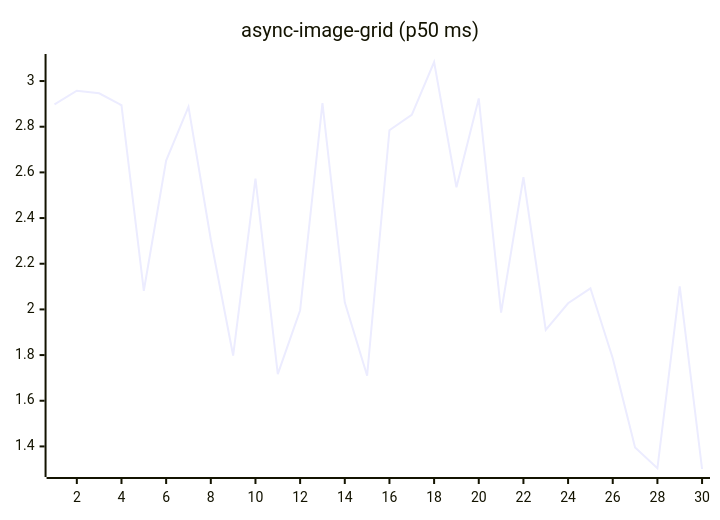
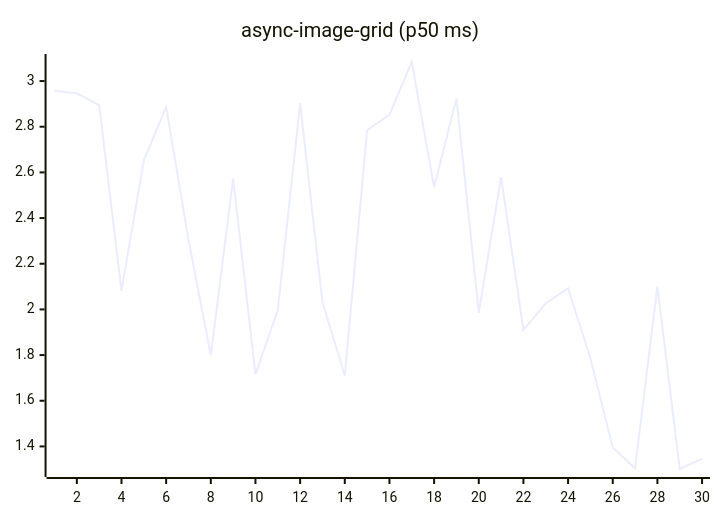
Before and after one commit to josha/Facet: the fifth of 27 diagrams in README.md, drawn with Mermaid. The commit also changed other lines of this file and 2 other files, not shown here.

````diff
--- a/README.md
+++ b/README.md
@@ -91,6 +91,6 @@
 ```mermaid
 xychart-beta
     title "async-image-grid (p50 ms)"
     x-axis 1 --> 30
-    line [2.8980, 2.9576, 2.9463, 2.8940, 2.0815, 2.6515, 2.8871, 2.3060, 1.7979, 2.5726, 1.7163, 1.9964, 2.9032, 2.0307, 1.7099, 2.7848, 2.8523, 3.0834, 2.5349, 2.9237, 1.9862, 2.5787, 1.9102, 2.0270, 2.0924, 1.7862, 1.3954, 1.3043, 2.1007, 1.3011]
+    line [2.9576, 2.9463, 2.8940, 2.0815, 2.6515, 2.8871, 2.3060, 1.7979, 2.5726, 1.7163, 1.9964, 2.9032, 2.0307, 1.7099, 2.7848, 2.8523, 3.0834, 2.5349, 2.9237, 1.9862, 2.5787, 1.9102, 2.0270, 2.0924, 1.7862, 1.3954, 1.3043, 2.1007, 1.3011, 1.3467]
 ```
````
